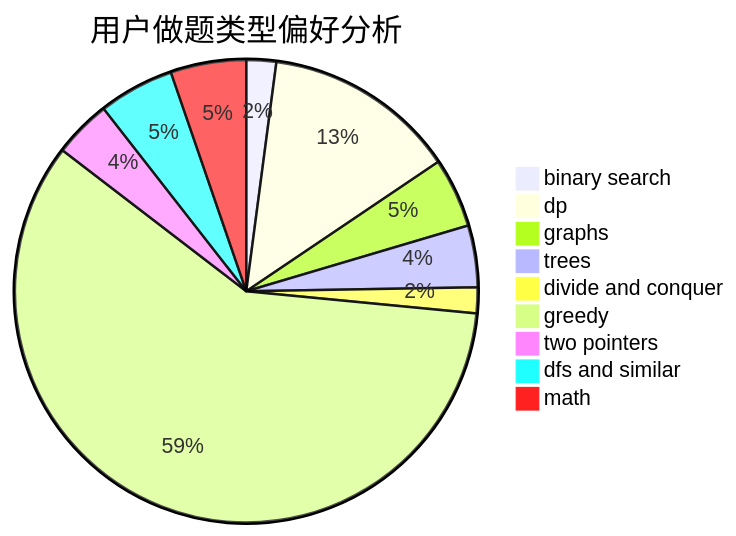
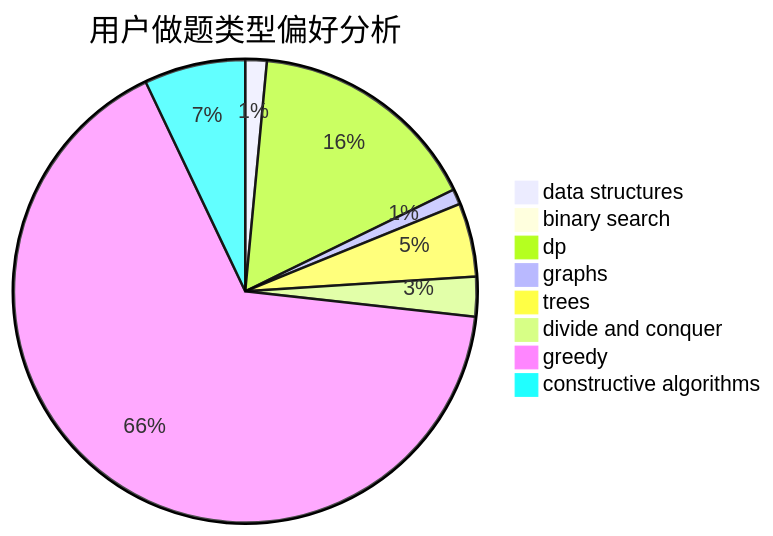
One commit to sherpahu/cfrs.github.io changed the second of 3 diagrams in docs/user/u179.md. Above: the diagram before and after it, drawn with Mermaid. The commit also changed other lines of this file and 2775 other files, not shown here.

````diff
--- a/docs/user/u179.md
+++ b/docs/user/u179.md
@@ -23,12 +23,11 @@
 ```mermaid
 pie title 用户做题类型偏好分析
-    "binary search" :  15
-    "dp" :  97
-    "graphs" :  35
-    "trees" :  31
+    "data structures" :  7
+    "binary search" :  0
+    "dp" :  76
+    "graphs" :  5
+    "trees" :  24
     "divide and conquer" :  13
-    "greedy" :  424
-    "two pointers" :  29
-    "dfs and similar" :  38
-    "math" :  38
+    "greedy" :  309
+    "constructive algorithms" :  33
 ```
````
